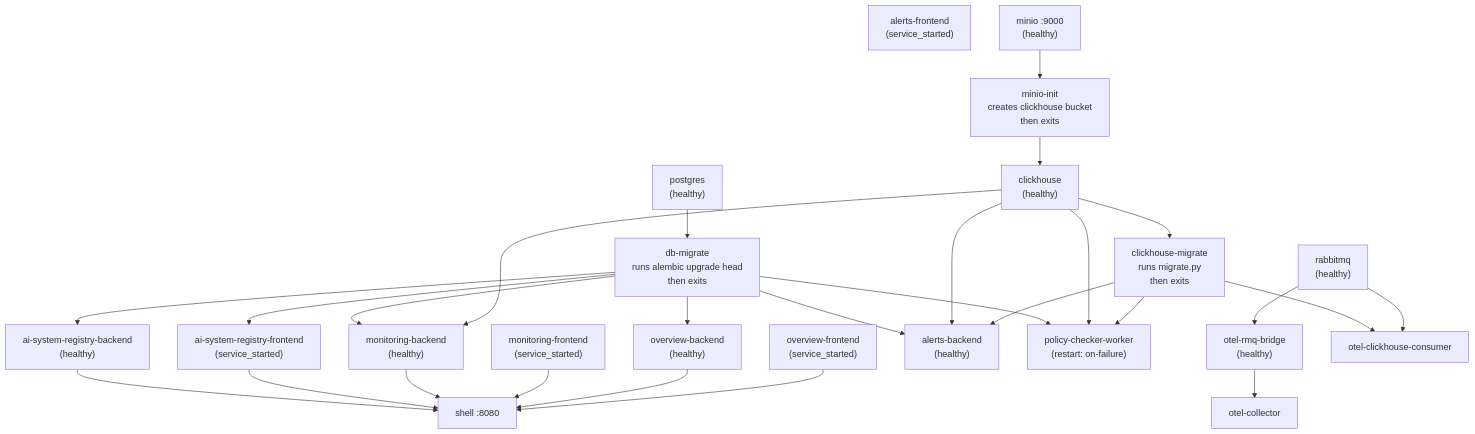
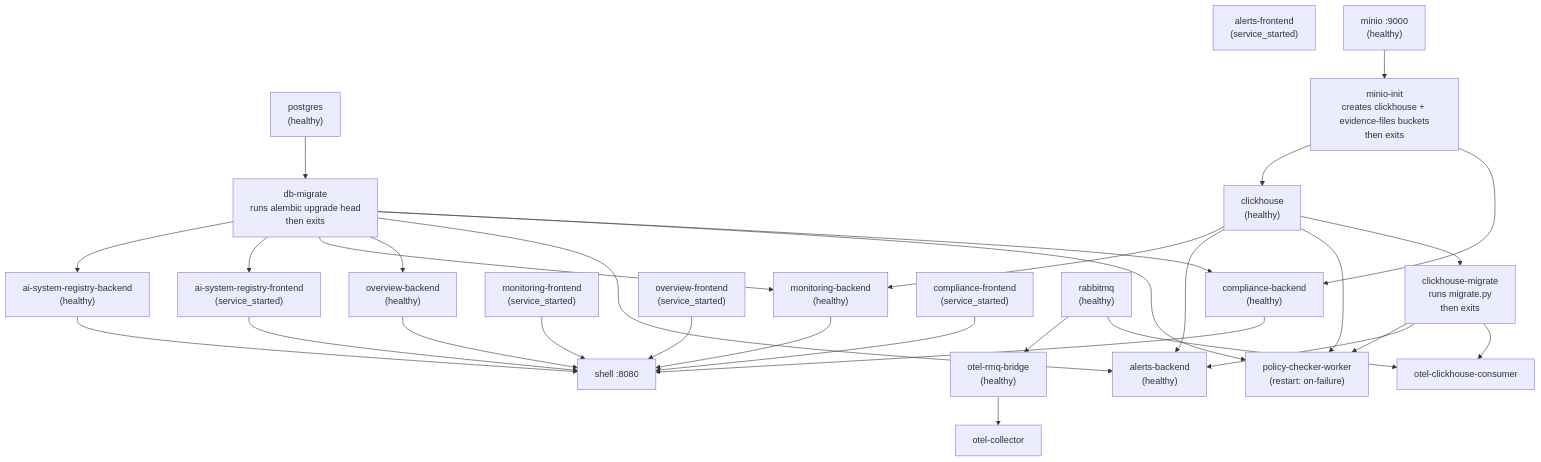
One commit to AI-Trust-Services/ai-trust-platform changed the second of 2 diagrams in docs/architecture.md. Above: the diagram before and after it, drawn with Mermaid. The commit also changed other lines of this file and 83 other files, not shown here.

First line of the commit message:
Compliance Workflow One-shot. Assessment -> Obligations -> Control -> Evidence (#75)

````diff
--- a/docs/architecture.md
+++ b/docs/architecture.md
@@ -139,51 +145,57 @@
 ```mermaid
 flowchart TD
     PG["postgres\n(healthy)"]
     Migrate["db-migrate\nruns alembic upgrade head\nthen exits"]
     Backend["ai-system-registry-backend\n(healthy)"]
     Frontend["ai-system-registry-frontend\n(service_started)"]
     MonBackend["monitoring-backend\n(healthy)"]
     MonFrontend["monitoring-frontend\n(service_started)"]
     OvBackend["overview-backend\n(healthy)"]
     OvFrontend["overview-frontend\n(service_started)"]
     AlertBackend["alerts-backend\n(healthy)"]
     AlertFrontend["alerts-frontend\n(service_started)"]
     AlertWorker["policy-checker-worker\n(restart: on-failure)"]
+    CompBackend["compliance-backend\n(healthy)"]
+    CompFrontend["compliance-frontend\n(service_started)"]
     Shell["shell :8080"]
     RMQ["rabbitmq\n(healthy)"]
     Bridge["otel-rmq-bridge\n(healthy)"]
     Collector["otel-collector"]
     MinIO["minio :9000\n(healthy)"]
-    MinIOInit["minio-init\ncreates clickhouse bucket\nthen exits"]
+    MinIOInit["minio-init\ncreates clickhouse + evidence-files buckets\nthen exits"]
     CH["clickhouse\n(healthy)"]
     CHMigrate["clickhouse-migrate\nruns migrate.py\nthen exits"]
     CHConsumer["otel-clickhouse-consumer"]
 
     PG --> Migrate
     Migrate --> Backend
     Migrate --> Frontend
     Migrate --> MonBackend
     Migrate --> OvBackend
     Migrate --> AlertBackend
     Migrate --> AlertWorker
+    Migrate --> CompBackend
     MinIO --> MinIOInit
     MinIOInit --> CH
+    MinIOInit --> CompBackend
     CH --> MonBackend
     CH --> AlertBackend
     CH --> AlertWorker
     CHMigrate --> AlertWorker
     CHMigrate --> AlertBackend
     Backend --> Shell
     Frontend --> Shell
     MonBackend --> Shell
     MonFrontend --> Shell
     OvBackend --> Shell
     OvFrontend --> Shell
+    CompBackend --> Shell
+    CompFrontend --> Shell
 
     RMQ --> Bridge
     Bridge --> Collector
 
     CH --> CHMigrate
     CHMigrate --> CHConsumer
     RMQ --> CHConsumer
 ```
````
